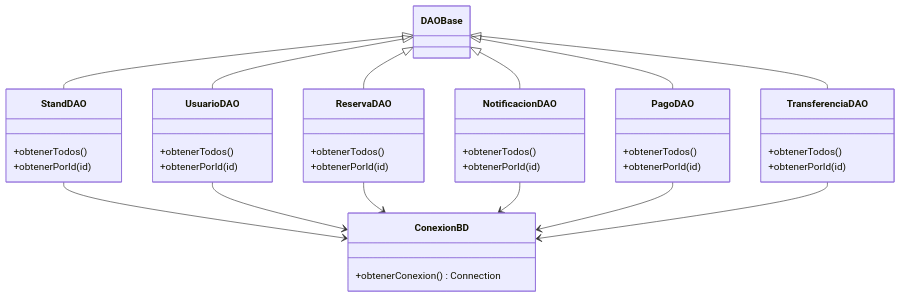
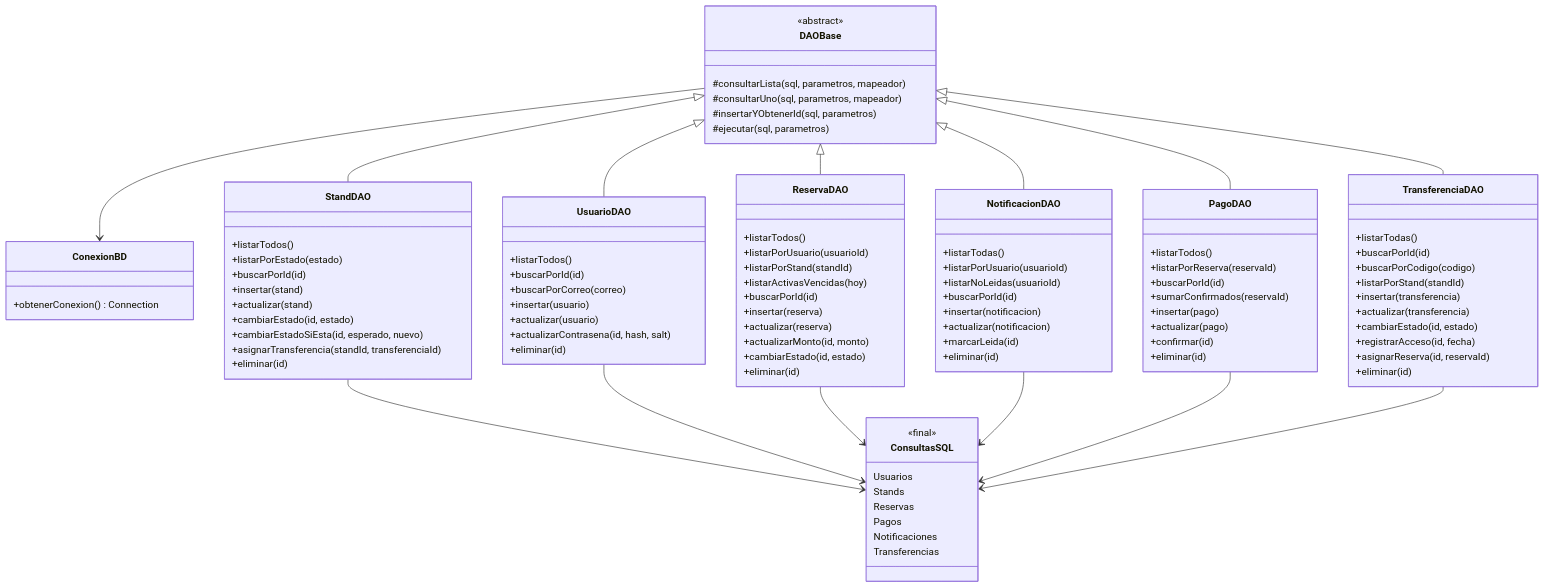
One commit to Javtamata145/StandsFiley-POO changed the sixth of 9 diagrams in Stands-Filey/DiagramaClases/DiagramaClases.md. Above: the diagram before and after it, drawn with Mermaid. The commit also changed other lines of this file and 23 other files, not shown here.

````diff
--- a/Stands-Filey/DiagramaClases/DiagramaClases.md
+++ b/Stands-Filey/DiagramaClases/DiagramaClases.md
@@ -316,37 +399,92 @@
   +obtenerConexion() Connection
 }
 
+class ConsultasSQL {
+  <<final>>
+  Usuarios
+  Stands
+  Reservas
+  Pagos
+  Notificaciones
+  Transferencias
+}
+
 class DAOBase {
+  <<abstract>>
+  #consultarLista(sql, parametros, mapeador)
+  #consultarUno(sql, parametros, mapeador)
+  #insertarYObtenerId(sql, parametros)
+  #ejecutar(sql, parametros)
 }
 
 class StandDAO {
-  +obtenerTodos()
-  +obtenerPorId(id)
+  +listarTodos()
+  +listarPorEstado(estado)
+  +buscarPorId(id)
+  +insertar(stand)
+  +actualizar(stand)
+  +cambiarEstado(id, estado)
+  +cambiarEstadoSiEsta(id, esperado, nuevo)
+  +asignarTransferencia(standId, transferenciaId)
+  +eliminar(id)
 }
 
 class UsuarioDAO {
-  +obtenerTodos()
-  +obtenerPorId(id)
+  +listarTodos()
+  +buscarPorId(id)
+  +buscarPorCorreo(correo)
+  +insertar(usuario)
+  +actualizar(usuario)
+  +actualizarContrasena(id, hash, salt)
+  +eliminar(id)
 }
 
 class ReservaDAO {
-  +obtenerTodos()
-  +obtenerPorId(id)
+  +listarTodos()
+  +listarPorUsuario(usuarioId)
+  +listarPorStand(standId)
+  +listarActivasVencidas(hoy)
+  +buscarPorId(id)
+  +insertar(reserva)
+  +actualizar(reserva)
+  +actualizarMonto(id, monto)
+  +cambiarEstado(id, estado)
+  +eliminar(id)
 }
 
 class NotificacionDAO {
-  +obtenerTodos()
-  +obtenerPorId(id)
+  +listarTodas()
+  +listarPorUsuario(usuarioId)
+  +listarNoLeidas(usuarioId)
+  +buscarPorId(id)
+  +insertar(notificacion)
+  +actualizar(notificacion)
+  +marcarLeida(id)
+  +eliminar(id)
 }
 
 class PagoDAO {
-  +obtenerTodos()
-  +obtenerPorId(id)
+  +listarTodos()
+  +listarPorReserva(reservaId)
+  +buscarPorId(id)
+  +sumarConfirmados(reservaId)
+  +insertar(pago)
+  +actualizar(pago)
+  +confirmar(id)
+  +eliminar(id)
 }
 
 class TransferenciaDAO {
-  +obtenerTodos()
-  +obtenerPorId(id)
+  +listarTodas()
+  +buscarPorId(id)
+  +buscarPorCodigo(codigo)
+  +listarPorStand(standId)
+  +insertar(transferencia)
+  +actualizar(transferencia)
+  +cambiarEstado(id, estado)
+  +registrarAcceso(id, fecha)
+  +asignarReserva(id, reservaId)
+  +eliminar(id)
 }
 
 DAOBase <|-- StandDAO
@@ -356,10 +494,11 @@
 DAOBase <|-- PagoDAO
 DAOBase <|-- TransferenciaDAO
 
-StandDAO --> ConexionBD
-UsuarioDAO --> ConexionBD
-ReservaDAO --> ConexionBD
-NotificacionDAO --> ConexionBD
-PagoDAO --> ConexionBD
-TransferenciaDAO --> ConexionBD
+DAOBase --> ConexionBD
+StandDAO --> ConsultasSQL
+UsuarioDAO --> ConsultasSQL
+ReservaDAO --> ConsultasSQL
+NotificacionDAO --> ConsultasSQL
+PagoDAO --> ConsultasSQL
+TransferenciaDAO --> ConsultasSQL
 ```
````
